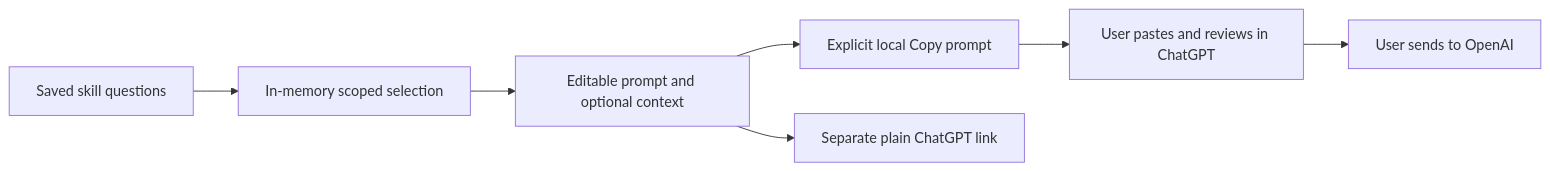
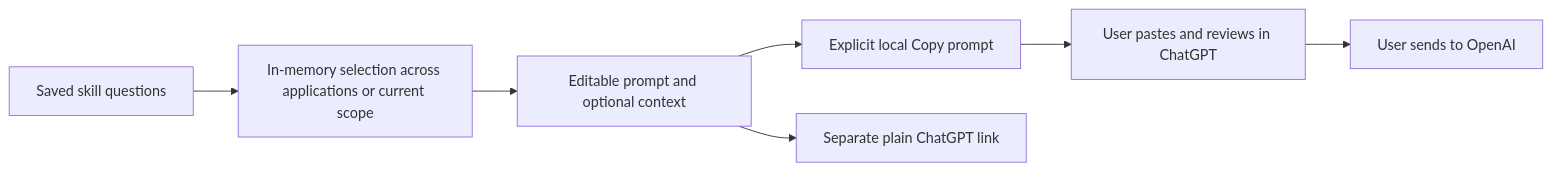
Before and after one commit to Coreyboy1820/job-application-tracker: the third of 3 diagrams in docs/wiki/Data-model-and-flows.md, drawn with Mermaid. The commit also changed other lines of this file and 11 other files, not shown here.

````diff
--- a/docs/wiki/Data-model-and-flows.md
+++ b/docs/wiki/Data-model-and-flows.md
@@ -77,9 +77,9 @@
 ```mermaid
 flowchart LR
-  Questions[Saved skill questions] --> Selection[In-memory scoped selection]
+  Questions[Saved skill questions] --> Selection[In-memory selection across applications or current scope]
   Selection --> Preview[Editable prompt and optional context]
   Preview --> Clipboard[Explicit local Copy prompt]
   Preview --> Link[Separate plain ChatGPT link]
   Clipboard --> Paste[User pastes and reviews in ChatGPT]
   Paste --> Send[User sends to OpenAI]
 ```
````
